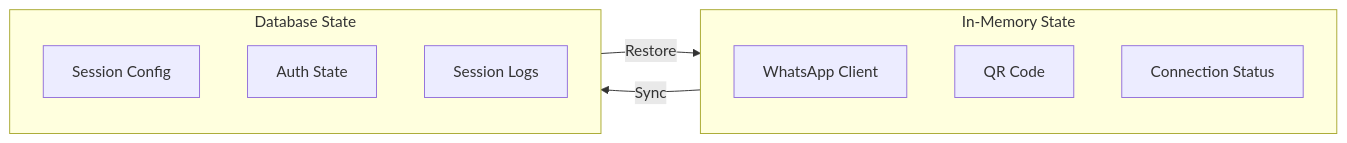
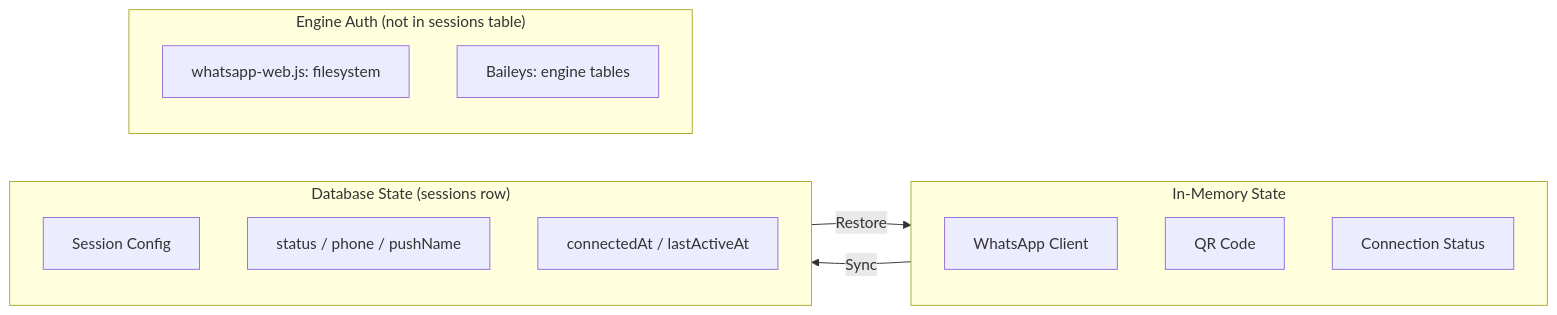
Before and after one commit to nourayman21k/OpenWA: the fourth of 5 diagrams in docs/05-database-design.md, drawn with Mermaid. The commit also changed other lines of this file and 13 other files, not shown here.

````diff
--- a/docs/05-database-design.md
+++ b/docs/05-database-design.md
@@ -851,17 +583,22 @@
 ```mermaid
 flowchart LR
     subgraph Memory["In-Memory State"]
         WA[WhatsApp Client]
         QR[QR Code]
         CONN[Connection Status]
     end
 
-    subgraph Persistent["Database State"]
+    subgraph Persistent["Database State (sessions row)"]
         CONFIG[Session Config]
-        AUTH[Auth State]
-        LOGS[Session Logs]
+        META[status / phone / pushName]
+        TS[connectedAt / lastActiveAt]
+    end
+
+    subgraph FS["Engine Auth (not in sessions table)"]
+        FSAUTH[whatsapp-web.js: filesystem]
+        DBAUTH[Baileys: engine tables]
     end
 
     Memory -->|Sync| Persistent
     Persistent -->|Restore| Memory
 ```
````
